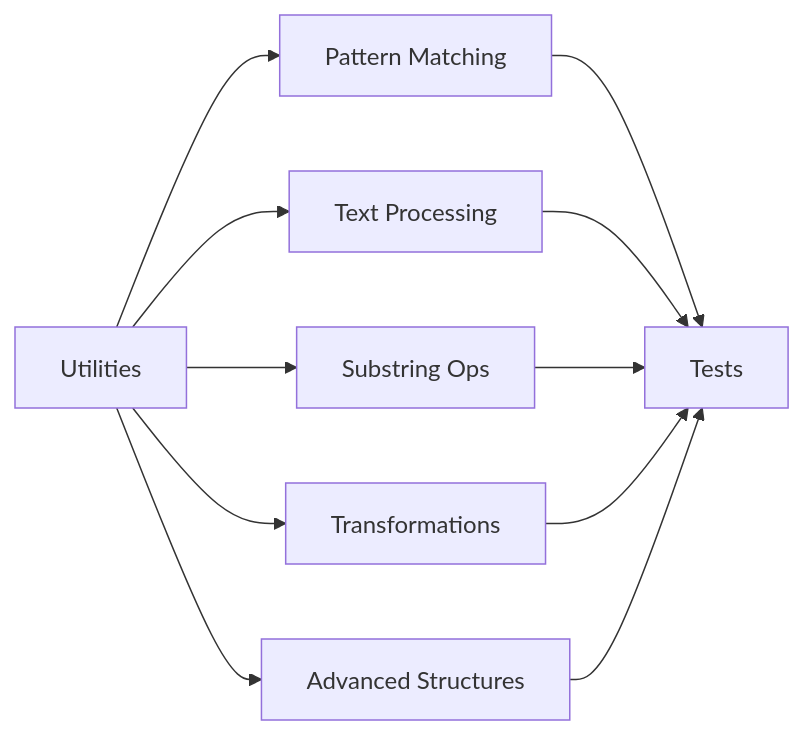
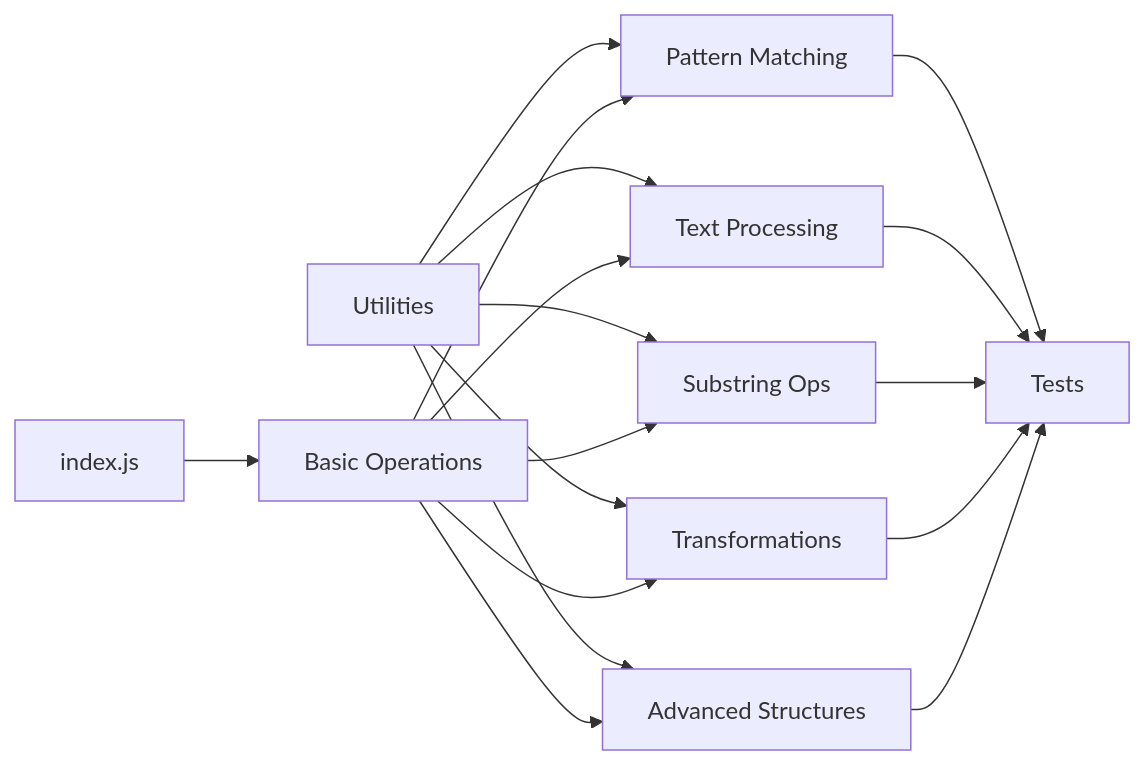
Before and after one commit to pawarrishi/dsa_prep: the eighth of 8 diagrams in .qoder/repowiki/en/content/String Algorithms.md, drawn with Mermaid. The commit also changed other lines of this file and 4 other files, not shown here.

````diff
--- a/.qoder/repowiki/en/content/String Algorithms.md
+++ b/.qoder/repowiki/en/content/String Algorithms.md
@@ -292,13 +311,19 @@
 ```mermaid
 graph LR
 Utils["Utilities"] --> PM["Pattern Matching"]
 Utils --> TP["Text Processing"]
 Utils --> SO["Substring Ops"]
 Utils --> TR["Transformations"]
 Utils --> ADV["Advanced Structures"]
 PM --> Tests["Tests"]
 TP --> Tests
 SO --> Tests
 TR --> Tests
 ADV --> Tests
+IndexJS["index.js"] --> BasicOps["Basic Operations"]
+BasicOps --> PM
+BasicOps --> TP
+BasicOps --> SO
+BasicOps --> TR
+BasicOps --> ADV
 ```
````
